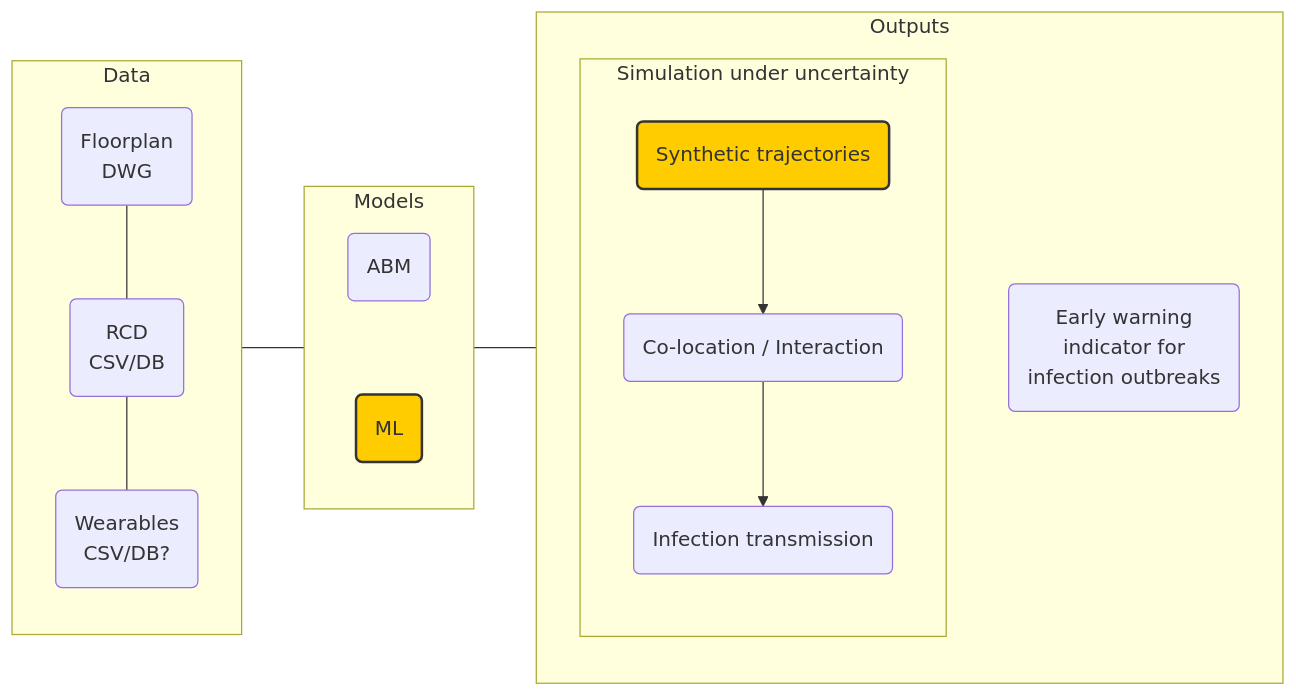
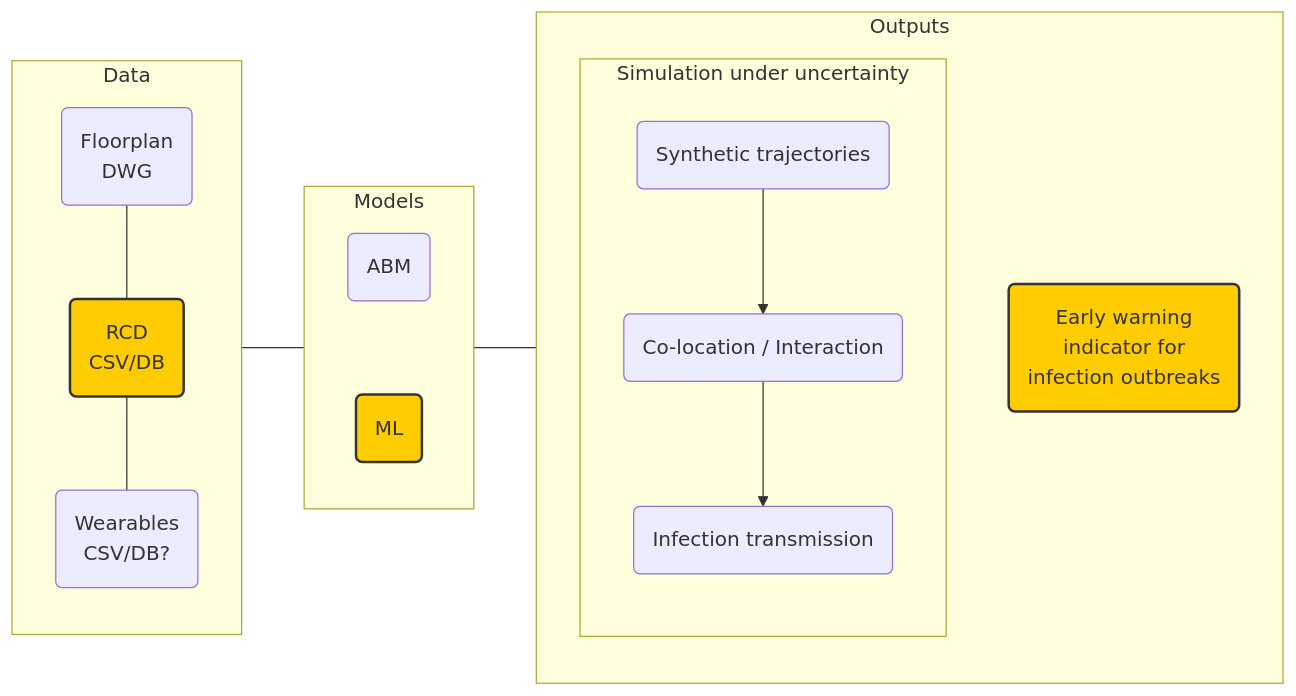
Diagram 11 of 11 in main.qmd (ksuchak1990/amr_hub_demos), drawn with Mermaid before and after one commit. The commit also changed other lines of this file and 1 other file, not shown here.

````diff
--- a/main.qmd
+++ b/main.qmd
@@ -518,46 +519,45 @@
 ```{mermaid}
 flowchart LR
     classDef highlight fill:#ffcc00,stroke:#333,stroke-width:2px;
-
 
     subgraph Data
         direction TB
 
         A(Floorplan<br>DWG)
-        B(RCD<br>CSV/DB)
+        B(RCD<br>CSV/DB):::highlight
         C(Wearables<br>CSV/DB?)
 
         A --- B
         B --- C
     end
 
     subgraph Models
         direction TB
 
         D(ABM)
         E(ML):::highlight
 
         D ~~~ E
     end
 
     subgraph Outputs
         direction TB
 
-        I(Early warning<br>indicator for<br>infection outbreaks)
+        I(Early warning<br>indicator for<br>infection outbreaks):::highlight
 
         subgraph "Simulation under uncertainty"
             direction TB
-            F(Synthetic trajectories):::highlight
+            F(Synthetic trajectories)
             G(Co-location / Interaction)
             H(Infection transmission)
 
             F --> G
             G --> H
 
         end
 
     end
 
     Data --- Models
     Models --- Outputs
 ```
````
